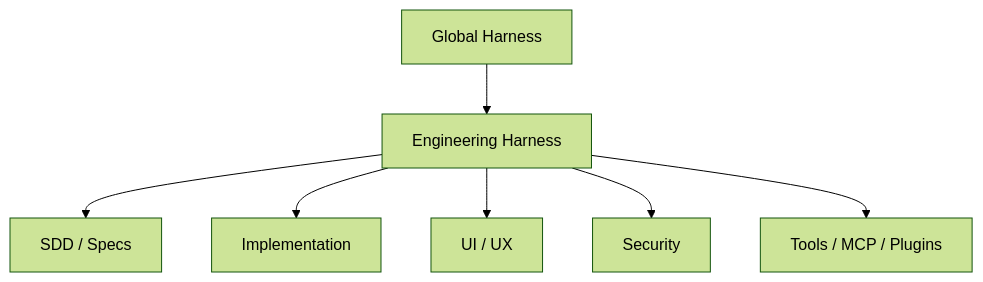
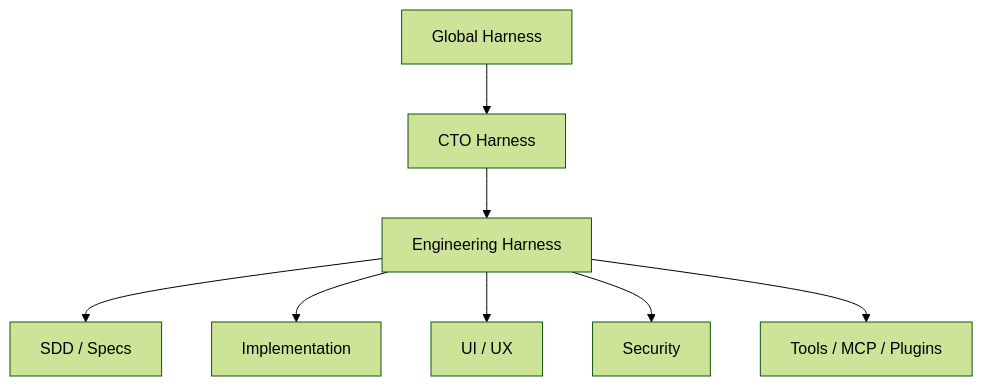
Before and after one commit to guilhermedemorais-dev/Dev-workflow: the diagram in README.md, drawn with Mermaid (forest theme). The commit also changed other lines of this file and 18 other files, not shown here.

First line of the commit message:
refactor: align engineering harness practices

````diff
--- a/README.md
+++ b/README.md
@@ -75,9 +100,10 @@
 ```mermaid
 flowchart TD
-    A[Global Harness] --> B[Engineering Harness]
-    B --> C[SDD / Specs]
-    B --> D[Implementation]
-    B --> E[UI / UX]
-    B --> F[Security]
-    B --> G[Tools / MCP / Plugins]
+    A[Global Harness] --> B[CTO Harness]
+    B --> C[Engineering Harness]
+    C --> D[SDD / Specs]
+    C --> E[Implementation]
+    C --> F[UI / UX]
+    C --> G[Security]
+    C --> H[Tools / MCP / Plugins]
 ```
````
